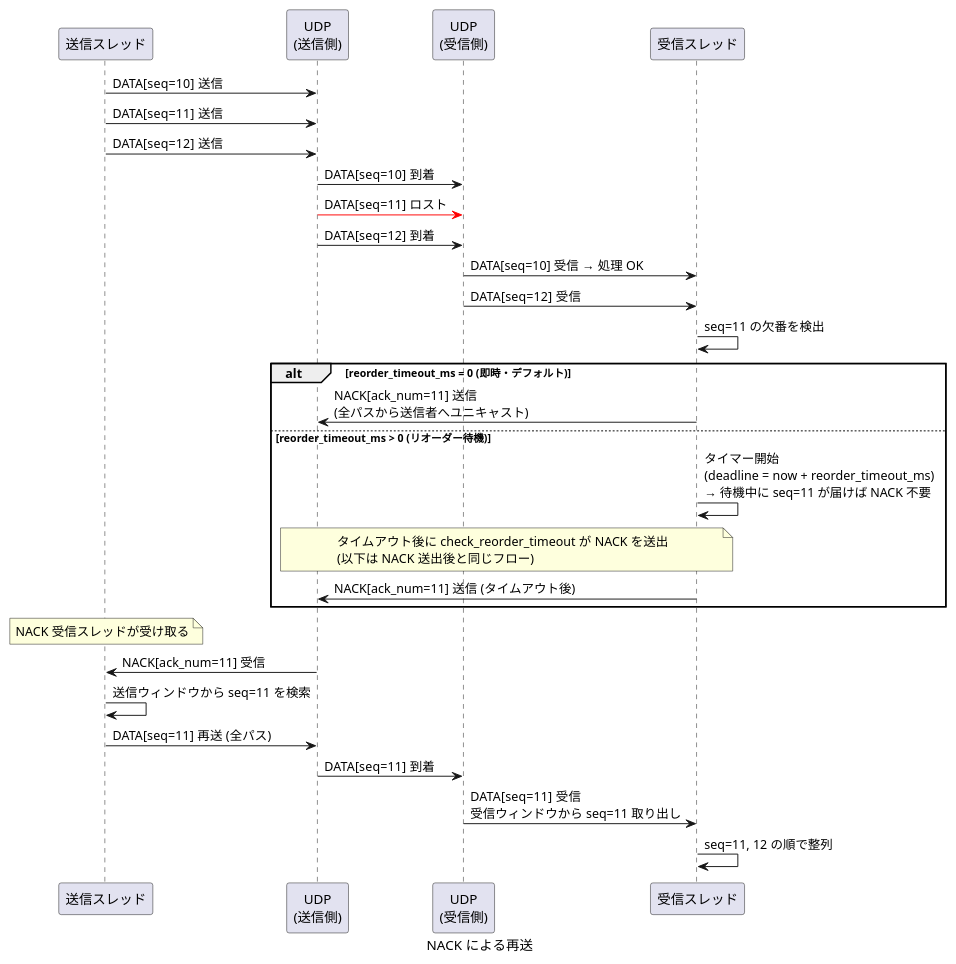
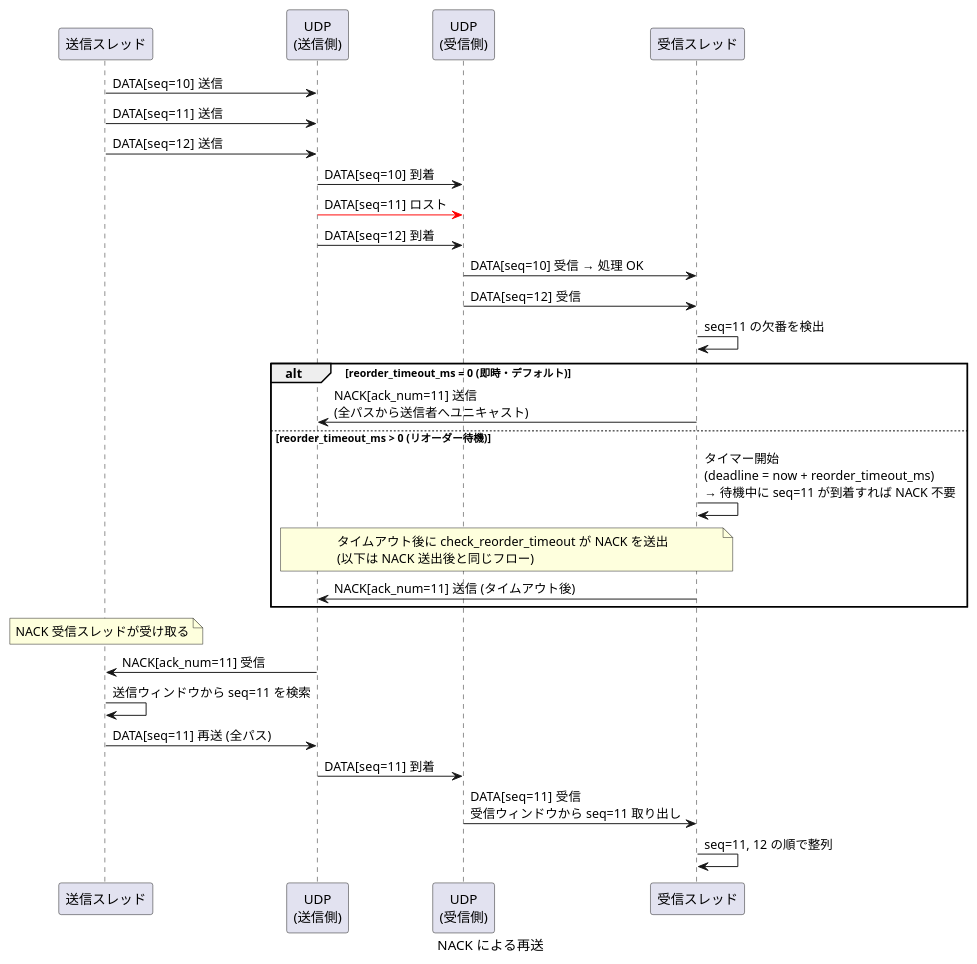
Before and after one commit to Hondarer/app_porter: the fourth of 9 diagrams in docs/sequence-data.md, drawn with PlantUML. The commit also changed other lines of this file and 39 other files, not shown here.

````diff
--- a/docs/sequence-data.md
+++ b/docs/sequence-data.md
@@ -120,44 +120,44 @@
 ```plantuml
 @startuml NACK による再送
 caption NACK による再送
 
 participant "送信スレッド" as ST
 participant "UDP\n(送信側)" as SUDP
 participant "UDP\n(受信側)" as RUDP
 participant "受信スレッド" as RRT
 
 ST -> SUDP: DATA[seq=10] 送信
 ST -> SUDP: DATA[seq=11] 送信
 ST -> SUDP: DATA[seq=12] 送信
 
 SUDP -> RUDP: DATA[seq=10] 到着
 SUDP -[#red]> RUDP: DATA[seq=11] ロスト
 SUDP -> RUDP: DATA[seq=12] 到着
 
 RUDP -> RRT: DATA[seq=10] 受信 → 処理 OK
 RUDP -> RRT: DATA[seq=12] 受信
 
 RRT -> RRT: seq=11 の欠番を検出
 
 alt reorder_timeout_ms = 0 (即時・デフォルト)
   RRT -> SUDP: NACK[ack_num=11] 送信\n(全パスから送信者へユニキャスト)
 else reorder_timeout_ms > 0 (リオーダー待機)
-  RRT -> RRT: タイマー開始\n(deadline = now + reorder_timeout_ms)\n→ 待機中に seq=11 が届けば NACK 不要
+  RRT -> RRT: タイマー開始\n(deadline = now + reorder_timeout_ms)\n→ 待機中に seq=11 が到着すれば NACK 不要
   note over RRT, SUDP: タイムアウト後に check_reorder_timeout が NACK を送出\n(以下は NACK 送出後と同じフロー)
   RRT -> SUDP: NACK[ack_num=11] 送信 (タイムアウト後)
 end
 
 note over ST: NACK 受信スレッドが受け取る
 
 SUDP -> ST: NACK[ack_num=11] 受信
 ST -> ST: 送信ウィンドウから seq=11 を検索
 
 ST -> SUDP: DATA[seq=11] 再送 (全パス)
 
 SUDP -> RUDP: DATA[seq=11] 到着
 
 RUDP -> RRT: DATA[seq=11] 受信\n受信ウィンドウから seq=11 取り出し
 RRT -> RRT: seq=11, 12 の順で整列
 
 @enduml
 ```
````
